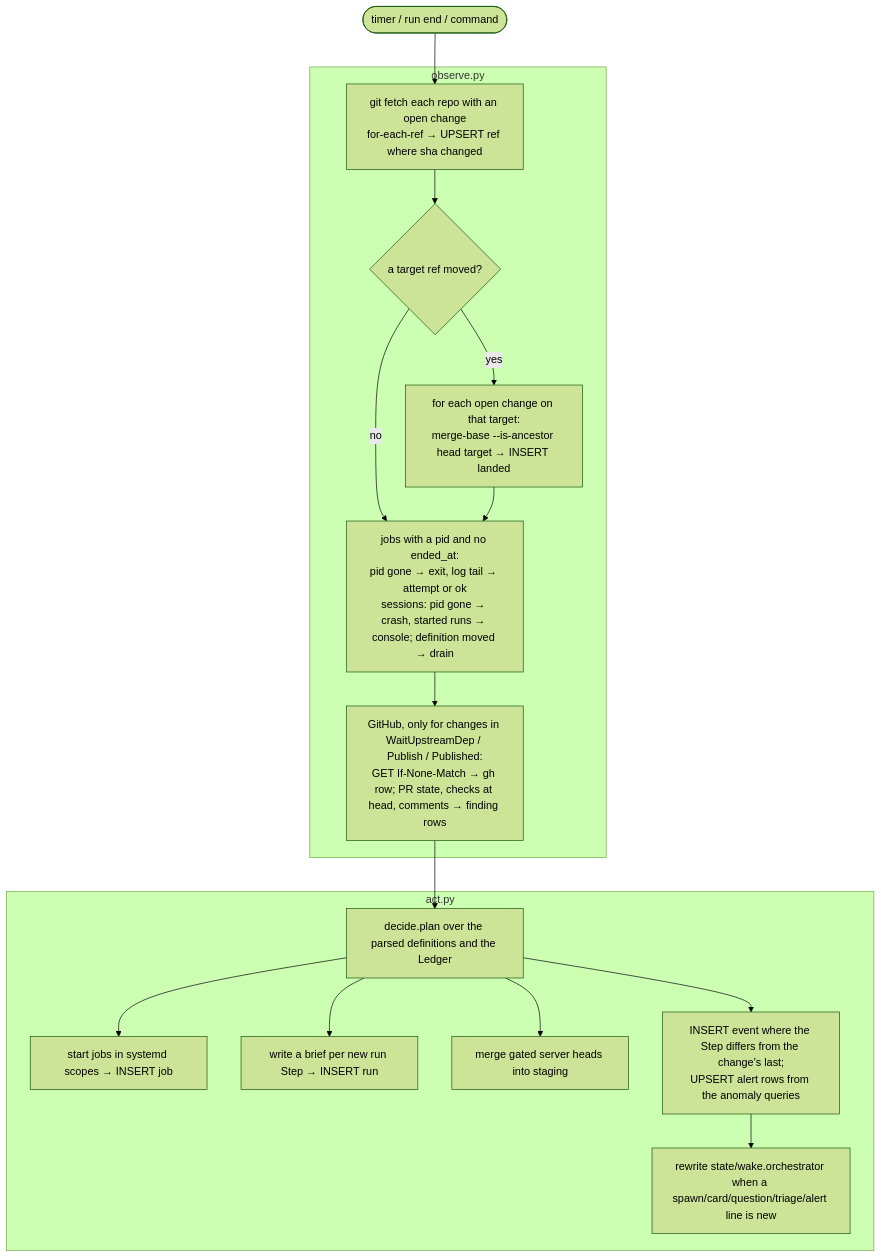
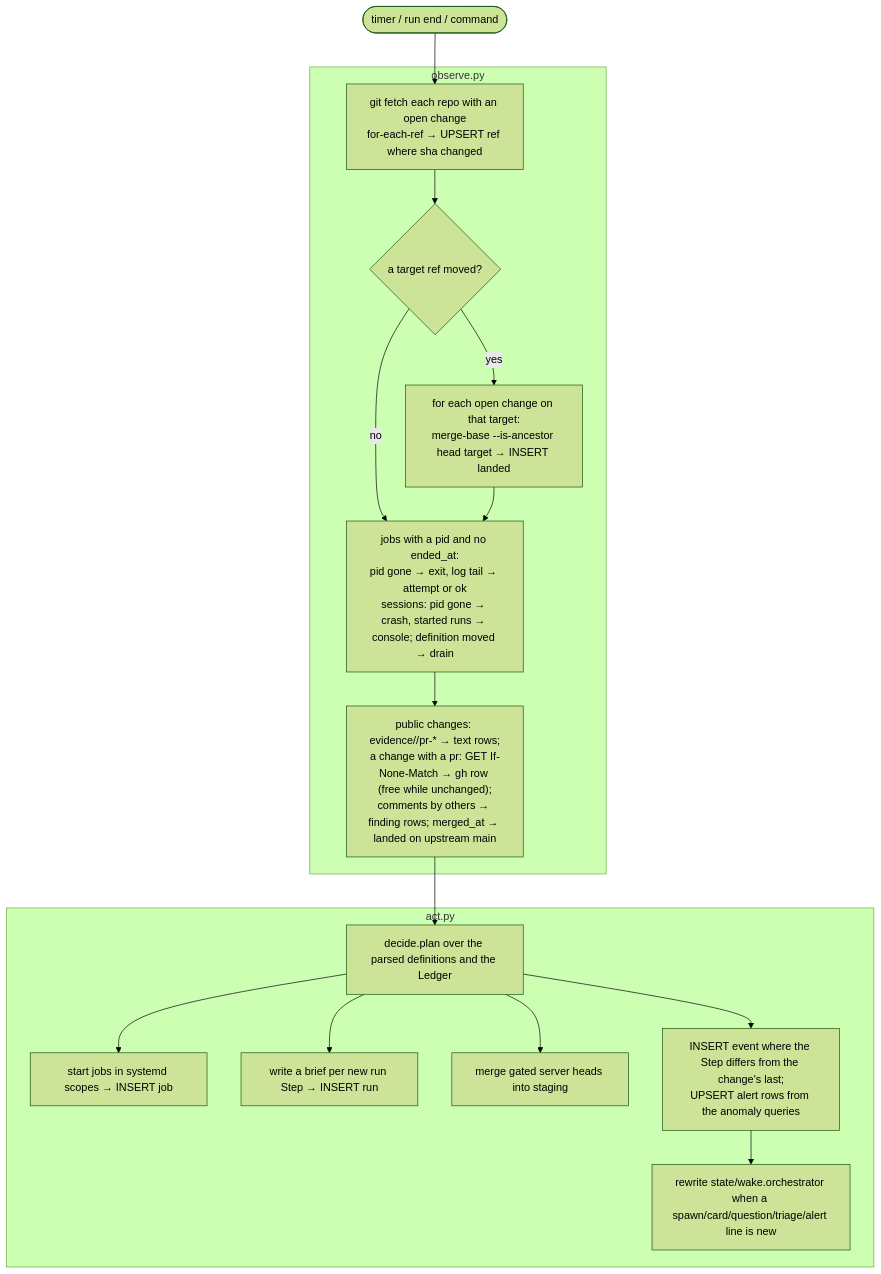
One commit to AlexPerrin/RuneHarness changed the third of 7 diagrams in docs/ARCHITECTURE.md. Above: the diagram before and after it, drawn with Mermaid (forest theme). The commit also changed other lines of this file, not shown here.

Commit message:
docs: ARCHITECTURE states phase 2 as built

````diff
--- a/docs/ARCHITECTURE.md
+++ b/docs/ARCHITECTURE.md
@@ -295,19 +299,19 @@
 ```mermaid
 flowchart TD
   T0([timer / run end / command]) --> F
   subgraph OBS["observe.py"]
     F["git fetch each repo with an open change<br/>for-each-ref → UPSERT ref where sha changed"] --> L{"a target ref moved?"}
     L -- yes --> LA["for each open change on that target:<br/>merge-base --is-ancestor head target → INSERT landed"]
     L -- no --> P
     LA --> P["jobs with a pid and no ended_at:<br/>pid gone → exit, log tail → attempt or ok<br/>sessions: pid gone → crash, started runs → console; definition moved → drain"]
-    P --> GH["GitHub, only for changes in WaitUpstreamDep / Publish / Published:<br/>GET If-None-Match → gh row; PR state, checks at head, comments → finding rows"]
+    P --> GH["public changes: evidence/<slug>/pr-* → text rows;<br/>a change with a pr: GET If-None-Match → gh row (free while unchanged);<br/>comments by others → finding rows; merged_at → landed on upstream main"]
   end
   GH --> D["decide.plan over the parsed definitions and the Ledger"]
   subgraph ACT["act.py"]
     D --> S["start jobs in systemd scopes → INSERT job"]
     D --> B["write a brief per new run Step → INSERT run"]
     D --> M["merge gated server heads into staging"]
     D --> E["INSERT event where the Step differs from the change's last;<br/>UPSERT alert rows from the anomaly queries"]
     E --> W["rewrite state/wake.orchestrator when a spawn/card/question/triage/alert line is new"]
   end
 ```
````
